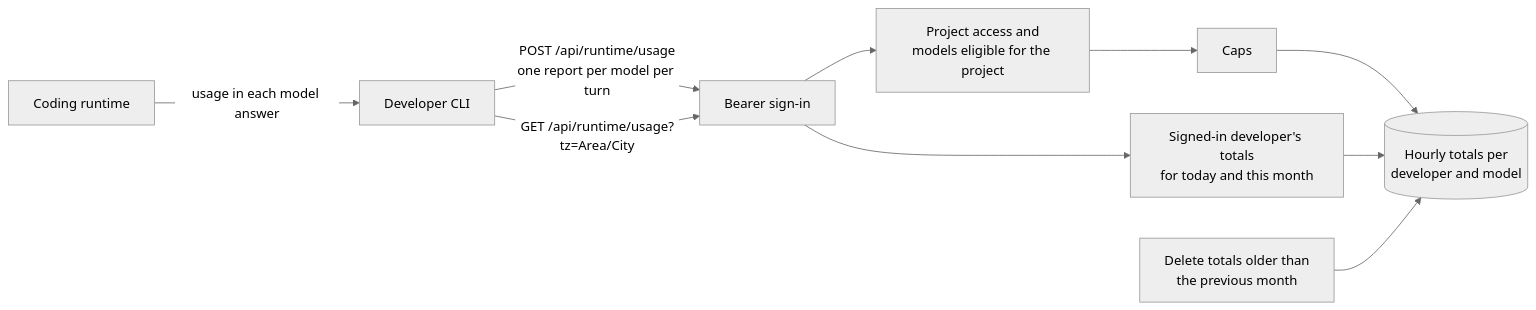
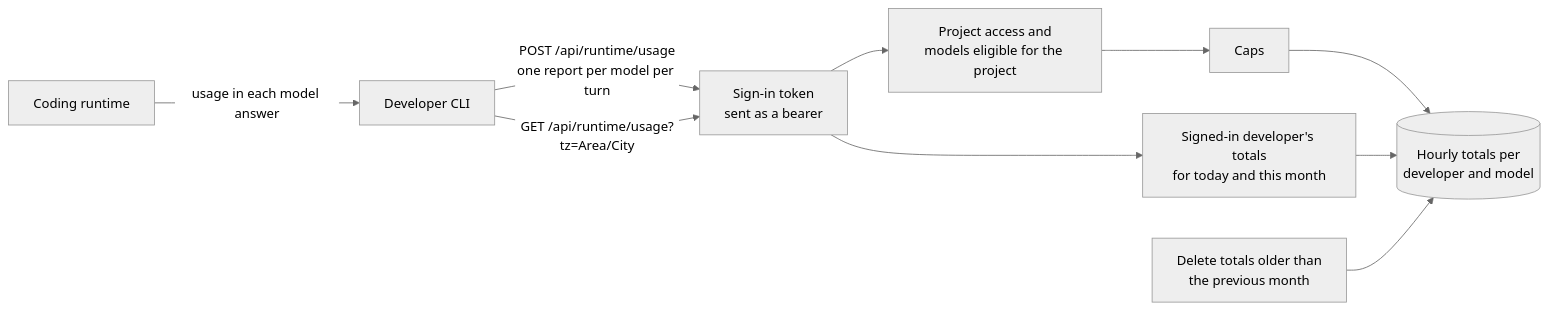
Before and after one commit to OsamaFelFel/keeplane: the diagram in docs/architecture/developer-usage.md, drawn with Mermaid (neutral theme). The commit also changed other lines of this file and 7 other files, not shown here.

````diff
--- a/docs/architecture/developer-usage.md
+++ b/docs/architecture/developer-usage.md
@@ -7,12 +7,12 @@
 ```mermaid
 flowchart LR
   Runtime[Coding runtime] -->|usage in each model answer| CLI[Developer CLI]
-  CLI -->|POST /api/runtime/usage<br/>one report per model per turn| Auth[Bearer sign-in]
+  CLI -->|POST /api/runtime/usage<br/>one report per model per turn| Auth[Sign-in token<br/>sent as a bearer]
   Auth --> Check[Project access and<br/>models eligible for the project]
   Check --> Caps[Caps]
   Caps --> Totals[(Hourly totals per<br/>developer and model)]
   CLI -->|GET /api/runtime/usage?tz=Area/City| Auth
   Auth --> Read[Signed-in developer's totals<br/>for today and this month]
   Read --> Totals
   Retention[Delete totals older than<br/>the previous month] --> Totals
 ```
````
